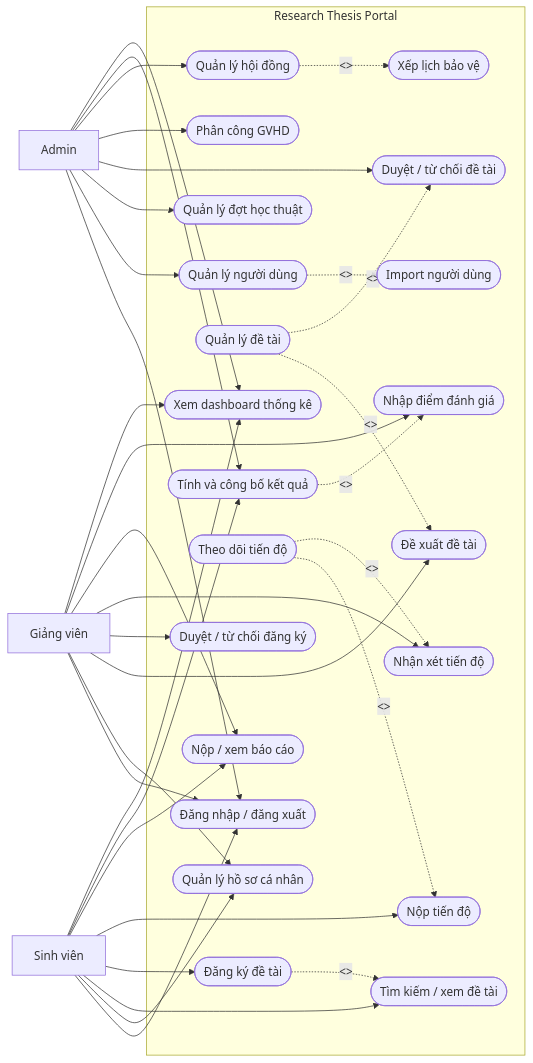
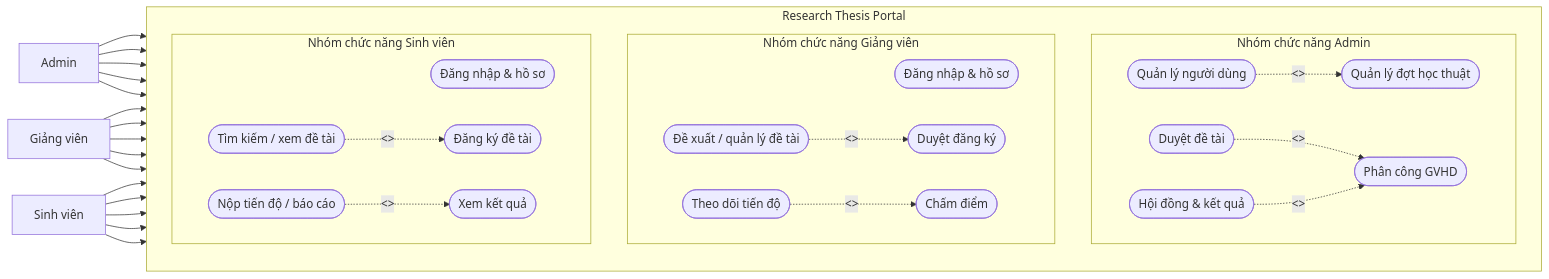
Before and after one commit to VanTruong475/research-thesis-portal: the first of 13 diagrams in docs/diagrams_research_thesis_portal.md, drawn with Mermaid.

Commit message:
docs(diagrams): simplify general use case layout

````diff
--- a/docs/diagrams_research_thesis_portal.md
+++ b/docs/diagrams_research_thesis_portal.md
@@ -11,72 +11,65 @@
 ```mermaid
 flowchart LR
     Admin["Admin"]
     Lecturer["Giảng viên"]
+    Student["Sinh viên"]
 
     subgraph System["Research Thesis Portal"]
-        Auth(["Đăng nhập / đăng xuất"])
-        Profile(["Quản lý hồ sơ cá nhân"])
+        direction TB
 
-        ManageUsers(["Quản lý người dùng"])
-        ImportUsers(["Import người dùng"])
-        ManagePeriods(["Quản lý đợt học thuật"])
-        Dashboard(["Xem dashboard thống kê"])
+        subgraph AdminLane["Nhóm chức năng Admin"]
+            direction LR
+            A_Users(["Quản lý người dùng"])
+            A_Periods(["Quản lý đợt học thuật"])
+            A_Topics(["Duyệt đề tài"])
+            A_Assign(["Phân công GVHD"])
+            A_Council(["Hội đồng & kết quả"])
+        end
 
-        ManageTopics(["Quản lý đề tài"])
-        ProposeTopic(["Đề xuất đề tài"])
-        ReviewTopic(["Duyệt / từ chối đề tài"])
-        SearchTopic(["Tìm kiếm / xem đề tài"])
+        subgraph LecturerLane["Nhóm chức năng Giảng viên"]
+            direction LR
+            L_Profile(["Đăng nhập & hồ sơ"])
+            L_Topics(["Đề xuất / quản lý đề tài"])
+            L_Registrations(["Duyệt đăng ký"])
+            L_Progress(["Theo dõi tiến độ"])
+            L_Score(["Chấm điểm"])
+        end
 
-        RegisterTopic(["Đăng ký đề tài"])
-        ReviewRegistration(["Duyệt / từ chối đăng ký"])
-        AssignSupervisor(["Phân công GVHD"])
-
-        TrackProgress(["Theo dõi tiến độ"])
-        SubmitProgress(["Nộp tiến độ"])
-        CommentProgress(["Nhận xét tiến độ"])
-        ManageReport(["Nộp / xem báo cáo"])
-
-        ManageCouncil(["Quản lý hội đồng"])
-        ScheduleDefense(["Xếp lịch bảo vệ"])
-        InputScore(["Nhập điểm đánh giá"])
-        PublishResult(["Tính và công bố kết quả"])
+        subgraph StudentLane["Nhóm chức năng Sinh viên"]
+            direction LR
+            S_Profile(["Đăng nhập & hồ sơ"])
+            S_Topics(["Tìm kiếm / xem đề tài"])
+            S_Register(["Đăng ký đề tài"])
+            S_Progress(["Nộp tiến độ / báo cáo"])
+            S_Result(["Xem kết quả"])
+        end
     end
 
-    Student["Sinh viên"]
+    Admin --> A_Users
+    Admin --> A_Periods
+    Admin --> A_Topics
+    Admin --> A_Assign
+    Admin --> A_Council
 
-    Admin --> Auth
-    Admin --> ManageUsers
-    Admin --> ManagePeriods
-    Admin --> ReviewTopic
-    Admin --> AssignSupervisor
-    Admin --> ManageCouncil
-    Admin --> PublishResult
-    Admin --> Dashboard
+    Lecturer --> L_Profile
+    Lecturer --> L_Topics
+    Lecturer --> L_Registrations
+    Lecturer --> L_Progress
+    Lecturer --> L_Score
 
-    Lecturer --> Auth
-    Lecturer --> Profile
-    Lecturer --> ProposeTopic
-    Lecturer --> ReviewRegistration
-    Lecturer --> CommentProgress
-    Lecturer --> ManageReport
-    Lecturer --> InputScore
-    Lecturer --> Dashboard
+    Student --> S_Profile
+    Student --> S_Topics
+    Student --> S_Register
+    Student --> S_Progress
+    Student --> S_Result
 
-    Student --> Auth
-    Student --> Profile
-    Student --> SearchTopic
-    Student --> RegisterTopic
-    Student --> SubmitProgress
-    Student --> ManageReport
-    Student --> PublishResult
-    Student --> Dashboard
+    A_Users -. "<<extend>>" .-> A_Periods
+    A_Topics -. "<<extend>>" .-> A_Assign
+    A_Council -. "<<extend>>" .-> A_Assign
 
-    ManageUsers -. "<<extend>>" .-> ImportUsers
-    ManageTopics -. "<<extend>>" .-> ProposeTopic
-    ManageTopics -. "<<extend>>" .-> ReviewTopic
-    RegisterTopic -. "<<extend>>" .-> SearchTopic
-    TrackProgress -. "<<extend>>" .-> SubmitProgress
-    TrackProgress -. "<<extend>>" .-> CommentProgress
-    ManageCouncil -. "<<extend>>" .-> ScheduleDefense
-    PublishResult -. "<<extend>>" .-> InputScore
+    L_Topics -. "<<extend>>" .-> L_Registrations
+    L_Progress -. "<<extend>>" .-> L_Score
+
+    S_Topics -. "<<extend>>" .-> S_Register
+    S_Progress -. "<<extend>>" .-> S_Result
 ```
````
